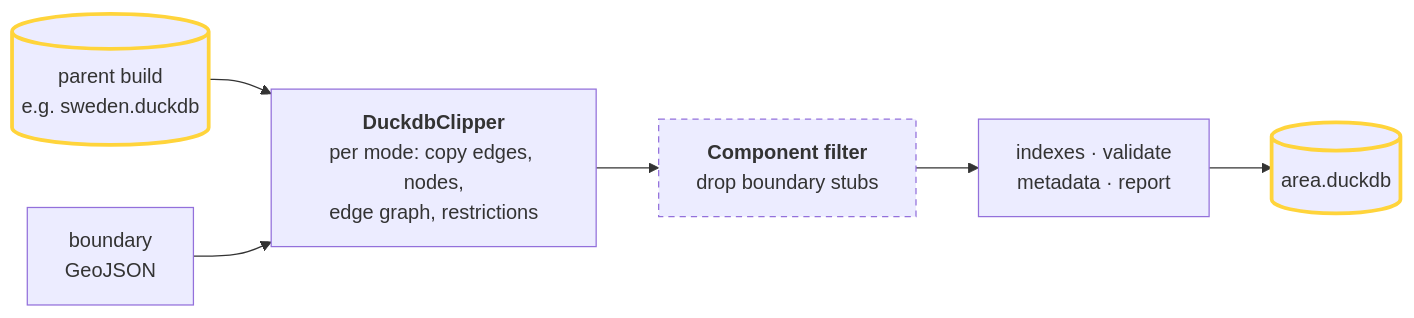
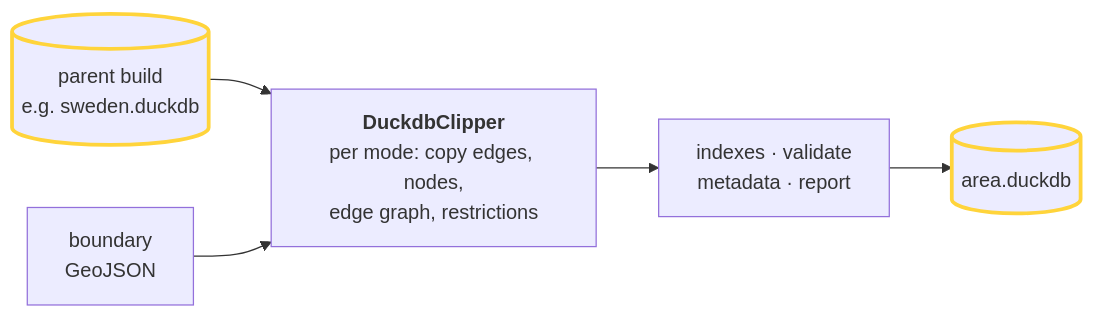
The second of 2 diagrams in docs/concepts/build.md (Khoshkhah/duckOSM), drawn with Mermaid before and after one commit. The commit also changed other lines of this file and 42 other files, not shown here.

First line of the commit message:
Remove the component filter everywhere

````diff
--- a/docs/concepts/build.md
+++ b/docs/concepts/build.md
@@ -63,18 +63,16 @@
 ```mermaid
 flowchart LR
     PARENT[("parent build<br/>e.g. sweden.duckdb")]
     BOUND["boundary<br/>GeoJSON"]
     CLIP["<b>DuckdbClipper</b><br/>per mode: copy edges, nodes,<br/>edge graph, restrictions"]
-    COMP["<b>Component filter</b><br/>drop boundary stubs"]
     DONE["indexes · validate<br/>metadata · report"]
     DB[("area.duckdb")]
 
     PARENT --> CLIP
     BOUND --> CLIP
-    CLIP --> COMP --> DONE --> DB
+    CLIP --> DONE --> DB
 
     classDef optional stroke-dasharray: 5 4
     classDef file stroke:#ffd43b,stroke-width:3px
-    class COMP optional
     class PARENT,DB file
 ```
````
